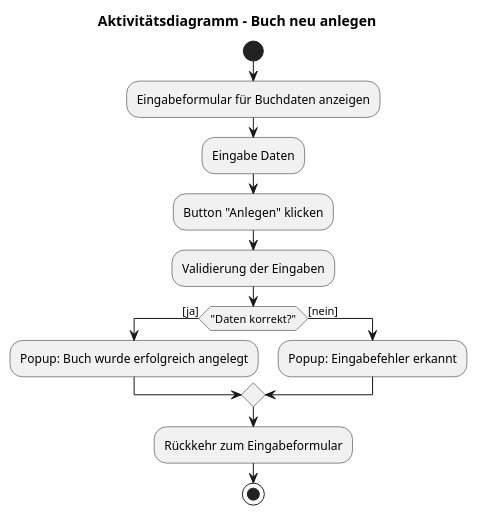
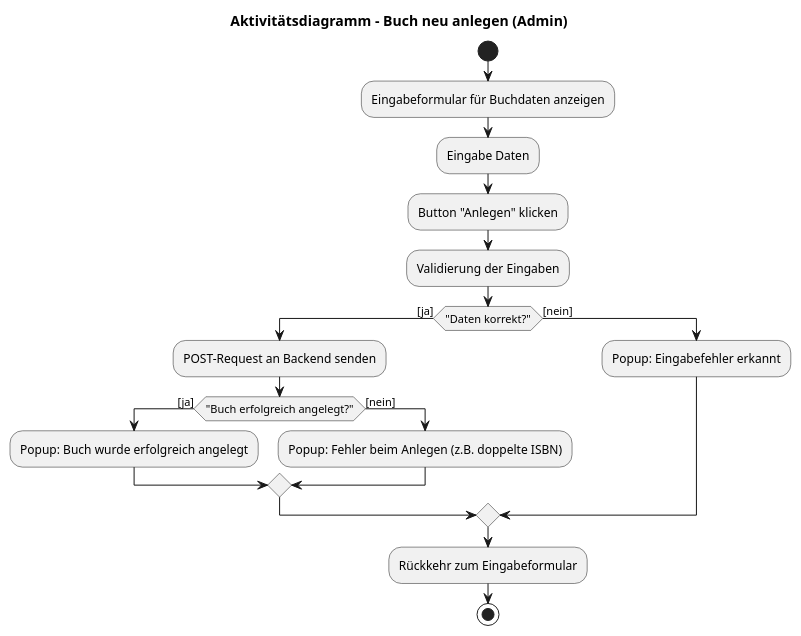
One commit to feydernoah/swe-react-frontend changed the diagram in extras/doc/projekthandbuch/aktivitaetsdiagrammAnlegenBuch.plantuml. Above: the diagram before and after it, drawn with PlantUML. The commit also changed 5 other files, not shown here.

Commit message:
Plant UML Ergänzung Delete Funktion und Aufarbeitung bestehender Diagramme

```diff
--- a/extras/doc/projekthandbuch/aktivitaetsdiagrammAnlegenBuch.plantuml
+++ b/extras/doc/projekthandbuch/aktivitaetsdiagrammAnlegenBuch.plantuml
@@ -3,23 +3,28 @@
 @startuml Aktivitätsdiagramm_BuchAnlegen
 
-title Aktivitätsdiagramm – Buch neu anlegen
+title Aktivitätsdiagramm – Buch neu anlegen (Admin)
 
 start
 
 :Eingabeformular für Buchdaten anzeigen;
 :Eingabe Daten;
 
 :Button "Anlegen" klicken;
 :Validierung der Eingaben;
 
 if ("Daten korrekt?") then ([ja])
-  :Popup: Buch wurde erfolgreich angelegt;
+  :POST-Request an Backend senden;
+  if ("Buch erfolgreich angelegt?") then ([ja])
+    :Popup: Buch wurde erfolgreich angelegt;
+  else ([nein])
+    :Popup: Fehler beim Anlegen (z.B. doppelte ISBN);
+  endif
 else ([nein])
   :Popup: Eingabefehler erkannt;
 endif
 
 :Rückkehr zum Eingabeformular;
 
 stop
 
 @enduml
```
